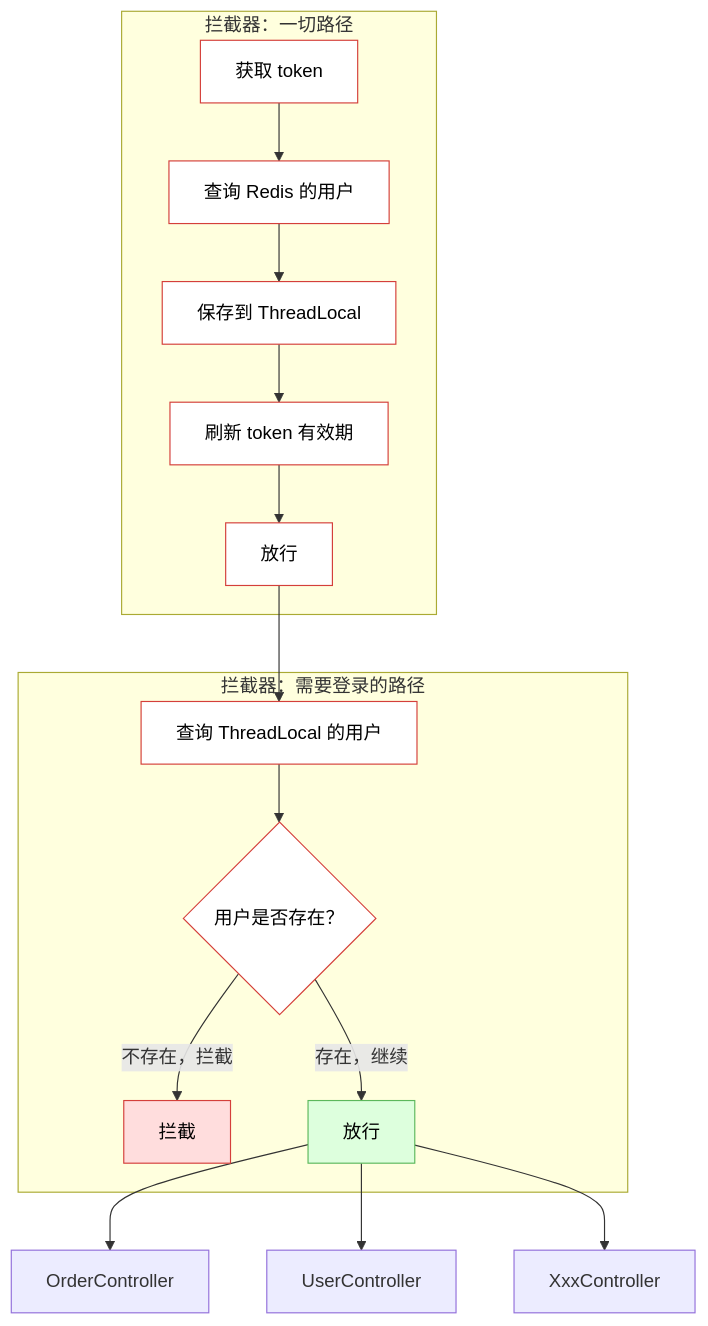
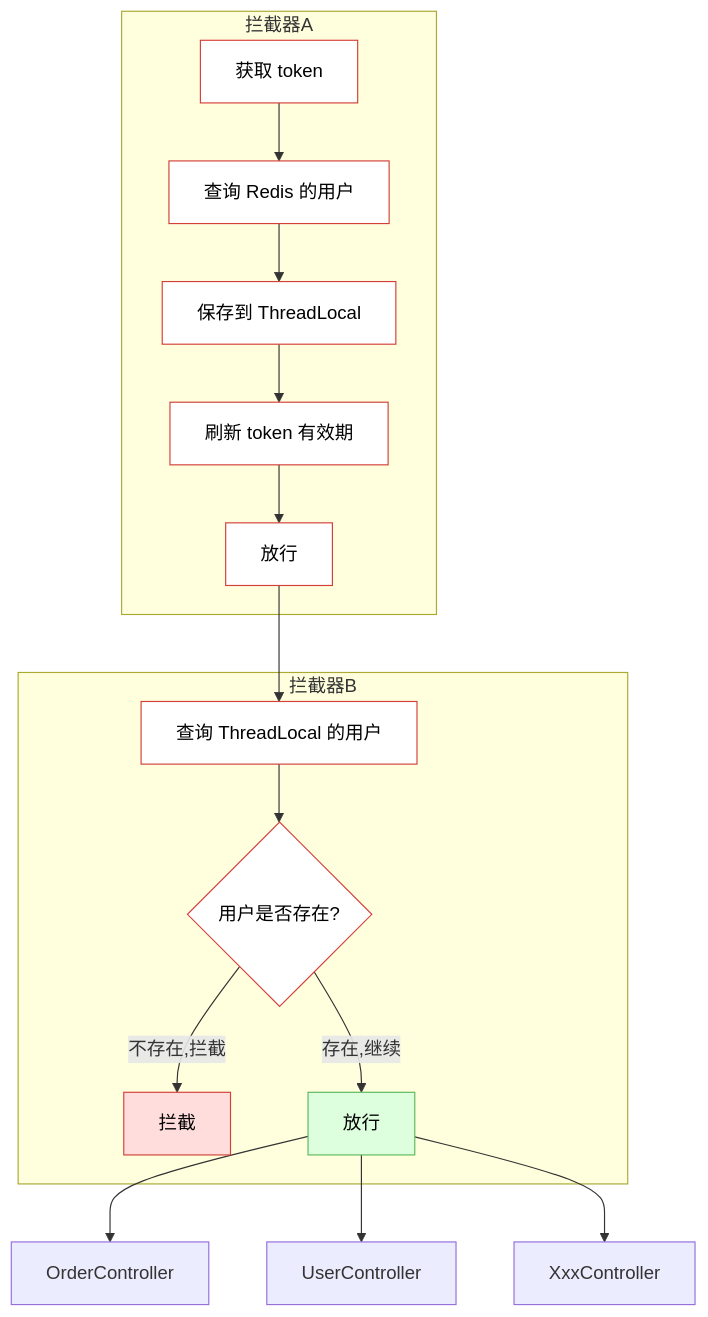
One commit to Jingqing3948/Note changed the fourth of 9 diagrams in 项目学习：黑马点评.md. Above: the diagram before and after it, drawn with Mermaid. The commit also changed other lines of this file and 19 other files, not shown here.

````diff
--- a/项目学习：黑马点评.md
+++ b/项目学习：黑马点评.md
@@ -540,38 +542,40 @@
 ```mermaid
 flowchart TB
-    subgraph 拦截器A[拦截器：一切路径]
+    %% --- 拦截器 A ---
+    subgraph 拦截器A
         A1[获取 token]
         A2[查询 Redis 的用户]
         A3[保存到 ThreadLocal]
         A4[刷新 token 有效期]
         A5[放行]
         A1 --> A2 --> A3 --> A4 --> A5
     end
 
-    subgraph 拦截器B[拦截器：需要登录的路径]
+    %% --- 拦截器 B ---
+    subgraph 拦截器B
         B1[查询 ThreadLocal 的用户]
-        B2{用户是否存在？}
-        B2 -- 不存在，拦截 --> B3[拦截]
-        B2 -- 存在，继续 --> B4[放行]
+        B2{用户是否存在?}
+        B2 -- 不存在,拦截 --> B3[拦截]
+        B2 -- 存在,继续 --> B4[放行]
         B1 --> B2
     end
 
     A5 --> B1
 
-    %% 控制器调用链
+    %% --- 控制器调用链 ---
     B4 --> C1[OrderController]
     B4 --> C2[UserController]
     B4 --> C3[XxxController]
 
-    %% 样式设置（可选）
+    %% --- 样式设置 ---
     style A1 fill:#fff,stroke:#d43f3a,color:#000
     style A2 fill:#fff,stroke:#d43f3a,color:#000
     style A3 fill:#fff,stroke:#d43f3a,color:#000
     style A4 fill:#fff,stroke:#d43f3a,color:#000
     style A5 fill:#fff,stroke:#d43f3a,color:#000
     style B1 fill:#fff,stroke:#d43f3a,color:#000
     style B2 fill:#fff,stroke:#d43f3a,color:#000
     style B3 fill:#fdd,stroke:#d43f3a,color:#000
     style B4 fill:#dfd,stroke:#5cb85c,color:#000
 
 ```
````
